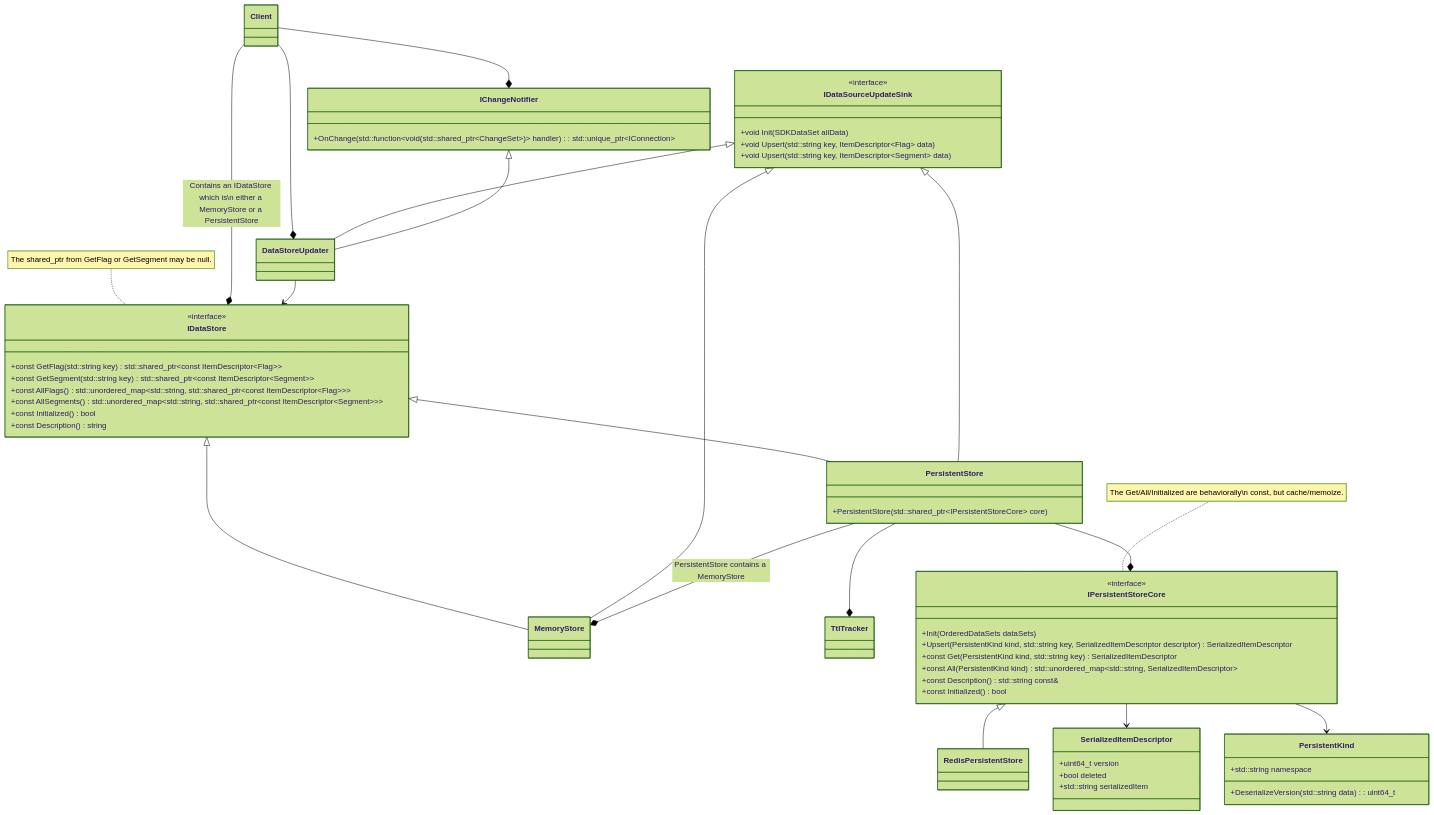
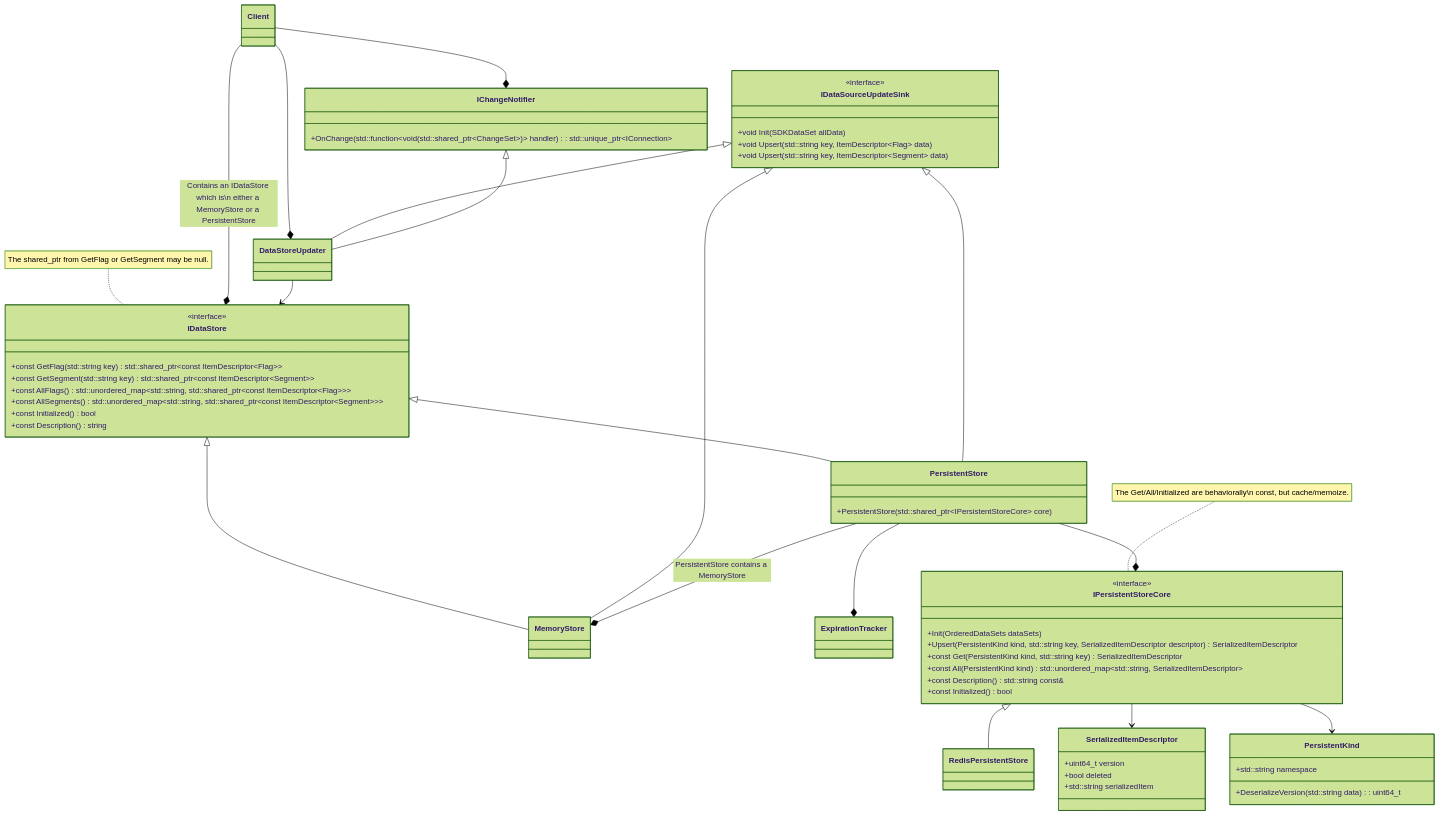
One commit to launchdarkly/cpp-sdks changed the diagram in architecture/server_store_arch.md. Above: the diagram before and after it, drawn with Mermaid (forest theme). The commit also changed 4 other files, not shown here.

Commit message:
feat: Add expiration tracker.

```diff
--- a/architecture/server_store_arch.md
+++ b/architecture/server_store_arch.md
@@ -19,7 +19,7 @@
     DataStoreUpdater --> IDataStore
     
     PersistentStore --* MemoryStore : PersistentStore contains a MemoryStore
-    PersistentStore --* TtlTracker
+    PersistentStore --* ExpirationTracker
 
     IPersistentStoreCore <|-- RedisPersistentStore
 
@@ -74,7 +74,7 @@
         +const Description() string
     }
 
-    class TtlTracker{
+    class ExpirationTracker{
     }
 
     class MemoryStore{
```
